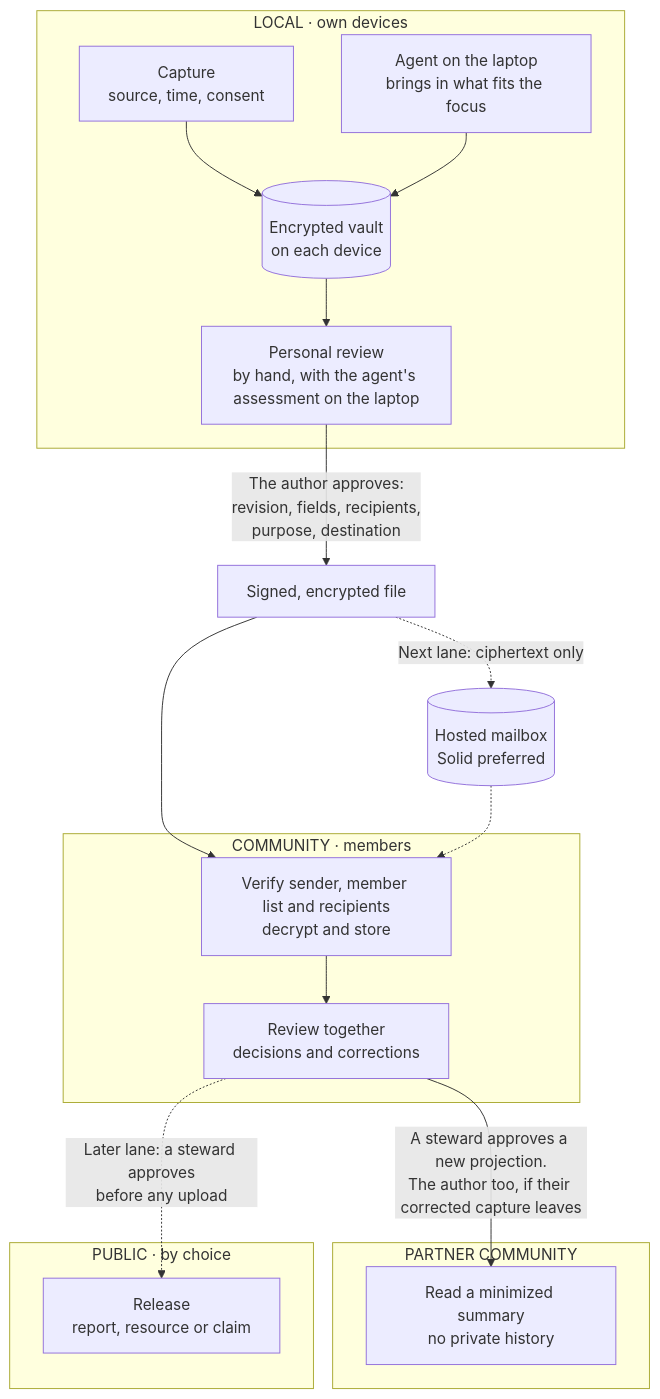
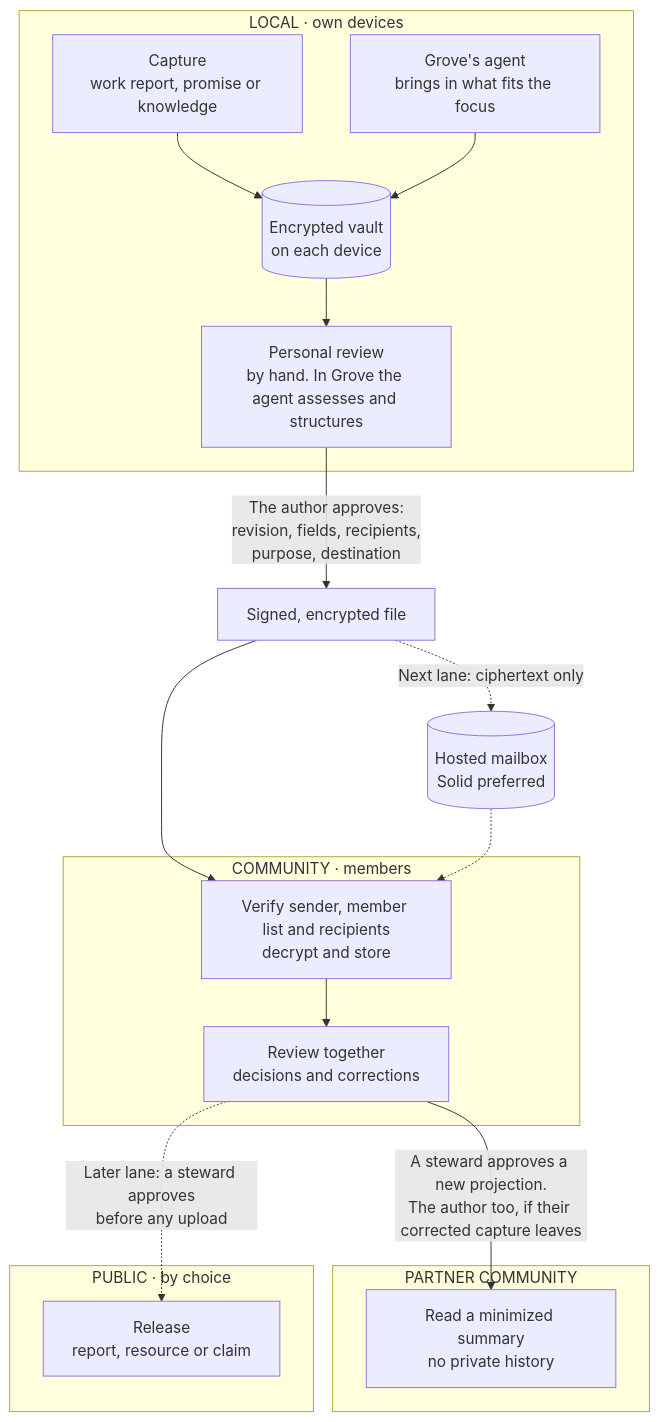
Before and after one commit to greenpill-dev-guild/green-goods: the first of 15 diagrams in .plans/ideas/grove/architecture-flows.md, drawn with Mermaid. The commit also changed other lines of this file and 16 other files, not shown here.

````diff
--- a/.plans/ideas/grove/architecture-flows.md
+++ b/.plans/ideas/grove/architecture-flows.md
@@ -7,23 +7,23 @@
 ```mermaid
 flowchart TB
   subgraph LOCAL["LOCAL · own devices"]
-    Cap["Capture<br/>source, time, consent"] --> Vault[("Encrypted vault<br/>on each device")]
-    Agent["Agent on the laptop<br/>brings in what fits the focus"] --> Vault
-    Vault --> PRev["Personal review<br/>by hand, with the agent's assessment on the laptop"]
+    Cap["Capture<br/>work report, promise or knowledge"] --> Vault[("Encrypted vault<br/>on each device")]
+    Agent["Grove's agent<br/>brings in what fits the focus"] --> Vault
+    Vault --> PRev["Personal review<br/>by hand. In Grove the agent assesses and structures"]
   end
   subgraph COMMUNITY["COMMUNITY · members"]
     Recv["Verify sender, member list and recipients<br/>decrypt and store"] --> CRev["Review together<br/>decisions and corrections"]
   end
   subgraph PARTNER["PARTNER COMMUNITY"]
     PSum["Read a minimized summary<br/>no private history"]
   end
   subgraph PUBLIC["PUBLIC · by choice"]
     Rel["Release<br/>report, resource or claim"]
   end
   PRev -->|"The author approves:<br/>revision, fields, recipients,<br/>purpose, destination"| File["Signed, encrypted file"]
   File --> Recv
   File -.->|"Next lane: ciphertext only"| Box[("Hosted mailbox<br/>Solid preferred")]
   Box -.-> Recv
   CRev -->|"A steward approves a new projection.<br/>The author too, if their corrected capture leaves"| PSum
   CRev -.->|"Later lane: a steward approves<br/>before any upload"| Rel
 ```
````
